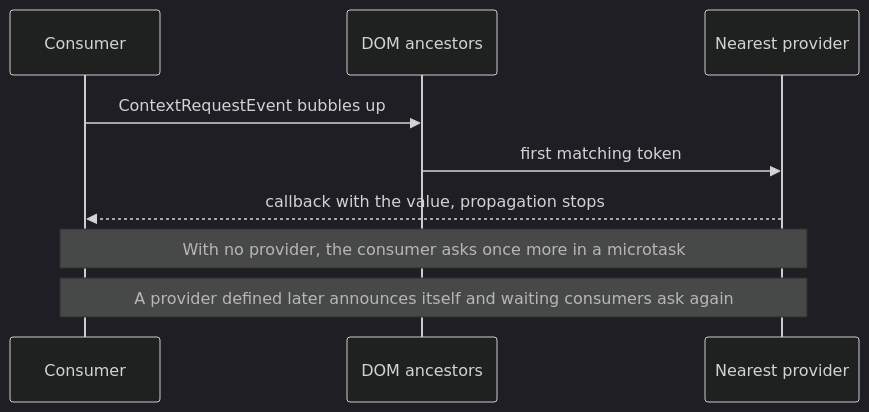
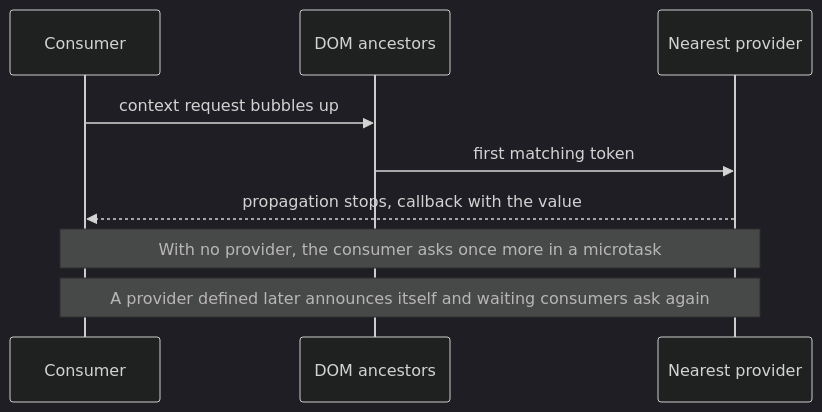
Before and after one commit to ecopages/radiant: the diagram in apps/docs/src/content/docs/context/context.mdx, drawn with Mermaid (dark theme). The commit also changed other lines of this file and 12 other files, not shown here.

First line of the commit message:
fix(radiant): answer context-request with the value as the context protocol specifies (#674)

````diff
--- a/apps/docs/src/content/docs/context/context.mdx
+++ b/apps/docs/src/content/docs/context/context.mdx
@@ -46,11 +46,11 @@
 ```mermaid
 sequenceDiagram
   participant C as Consumer
   participant D as DOM ancestors
   participant P as Nearest provider
-  C->>D: ContextRequestEvent bubbles up
+  C->>D: context request bubbles up
   D->>P: first matching token
-  P-->>C: callback with the value, propagation stops
+  P-->>C: propagation stops, callback with the value
   Note over C,P: With no provider, the consumer asks once more in a microtask
   Note over C,P: A provider defined later announces itself and waiting consumers ask again
 ```
````
